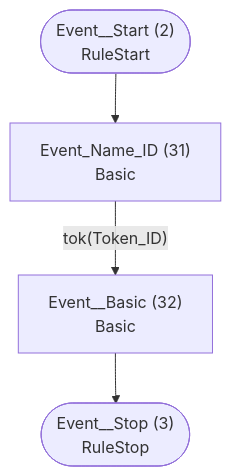
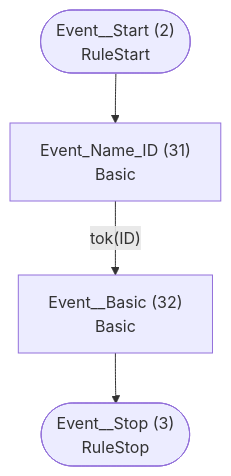
Before and after one commit to TypeFox/fastbelt: the second of 5 diagrams in examples/statemachine/atn.md, drawn with Mermaid. The commit also changed other lines of this file and 3 other files, not shown here.

````diff
--- a/examples/statemachine/atn.md
+++ b/examples/statemachine/atn.md
@@ -62,11 +62,11 @@
 ```mermaid
 flowchart TD
     q2(["Event__Start (2)<br/>RuleStart"])
     q3(["Event__Stop (3)<br/>RuleStop"])
     q31["Event_Name_ID (31)<br/>Basic<br/>"]
     q32["Event__Basic (32)<br/>Basic<br/>"]
 
     q2 --> q31
-    q31 -->|"tok(Token_ID)"| q32
+    q31 -->|"tok(ID)"| q32
     q32 --> q3
 ```
````
